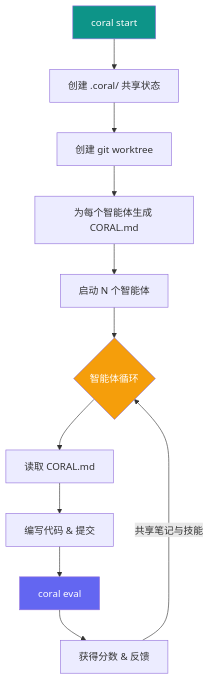
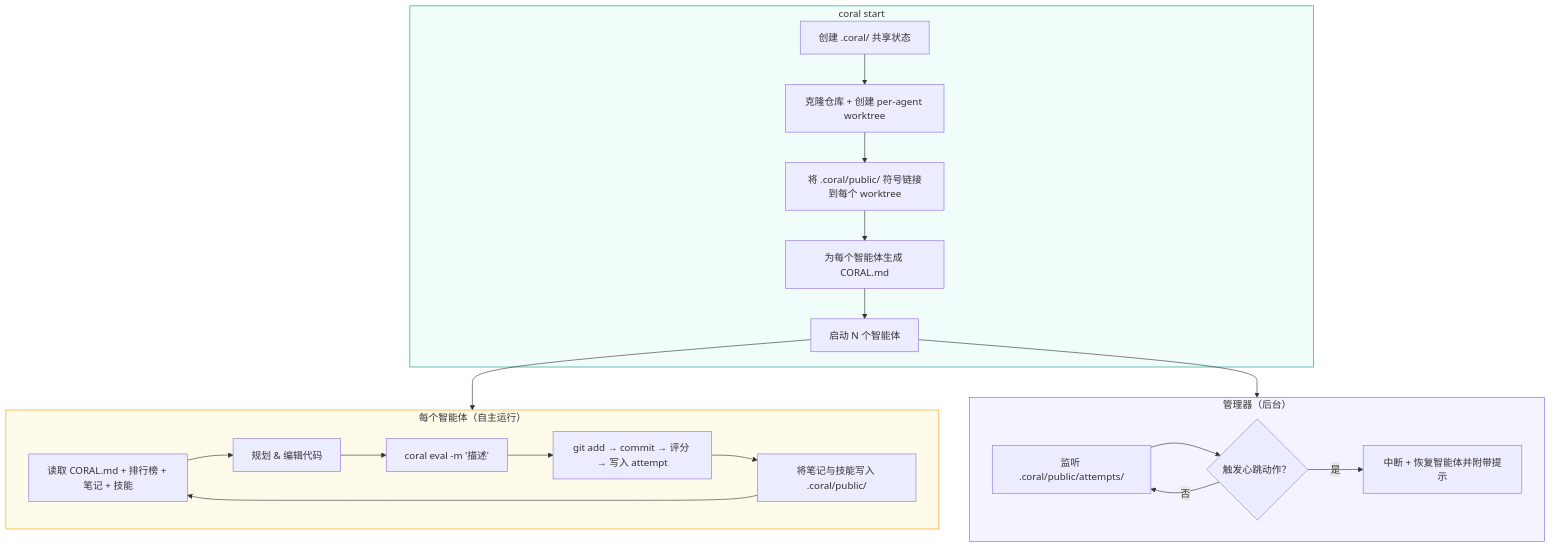
One commit to Human-Agent-Society/CORAL changed the diagram in README_CN.md. Above: the diagram before and after it, drawn with Mermaid. The commit also changed other lines of this file and 1 other file, not shown here.

Commit message:
Revamp How It Works diagram to accurately reflect codebase architecture

````diff
--- a/README_CN.md
+++ b/README_CN.md
@@ -53,18 +53,30 @@
 ```mermaid
 graph TD
-    A[coral start] --> B[创建 .coral/ 共享状态]
-    B --> C[创建 git worktree]
-    C --> D[为每个智能体生成 CORAL.md]
-    D --> E[启动 N 个智能体]
+    subgraph Setup["coral start"]
+        A[创建 .coral/ 共享状态] --> B[克隆仓库 + 创建 per-agent worktree]
+        B --> C[将 .coral/public/ 符号链接到每个 worktree]
+        C --> D[为每个智能体生成 CORAL.md]
+        D --> E[启动 N 个智能体]
+    end
 
-    E --> F{智能体循环}
-    F --> G[读取 CORAL.md]
-    G --> H[编写代码 & 提交]
-    H --> I[coral eval]
-    I --> J[获得分数 & 反馈]
-    J -->|共享笔记与技能| F
+    subgraph Loop["每个智能体（自主运行）"]
+        F[读取 CORAL.md + 排行榜 + 笔记 + 技能] --> G[规划 & 编辑代码]
+        G --> H["coral eval -m '描述'"]
+        H --> I["git add → commit → 评分 → 写入 attempt"]
+        I --> J[将笔记与技能写入 .coral/public/]
+        J --> F
+    end
 
-    style A fill:#0d9488,color:#fff
-    style F fill:#f59e0b,color:#fff
-    style I fill:#6366f1,color:#fff
+    subgraph Monitor["管理器（后台）"]
+        K[监听 .coral/public/attempts/] --> L{触发心跳动作？}
+        L -->|是| M[中断 + 恢复智能体并附带提示]
+        L -->|否| K
+    end
+
+    E --> Loop
+    E --> Monitor
+
+    style Setup fill:#f0fdfa,stroke:#0d9488
+    style Loop fill:#fffbeb,stroke:#f59e0b
+    style Monitor fill:#f5f3ff,stroke:#8b5cf6
 ```
````
